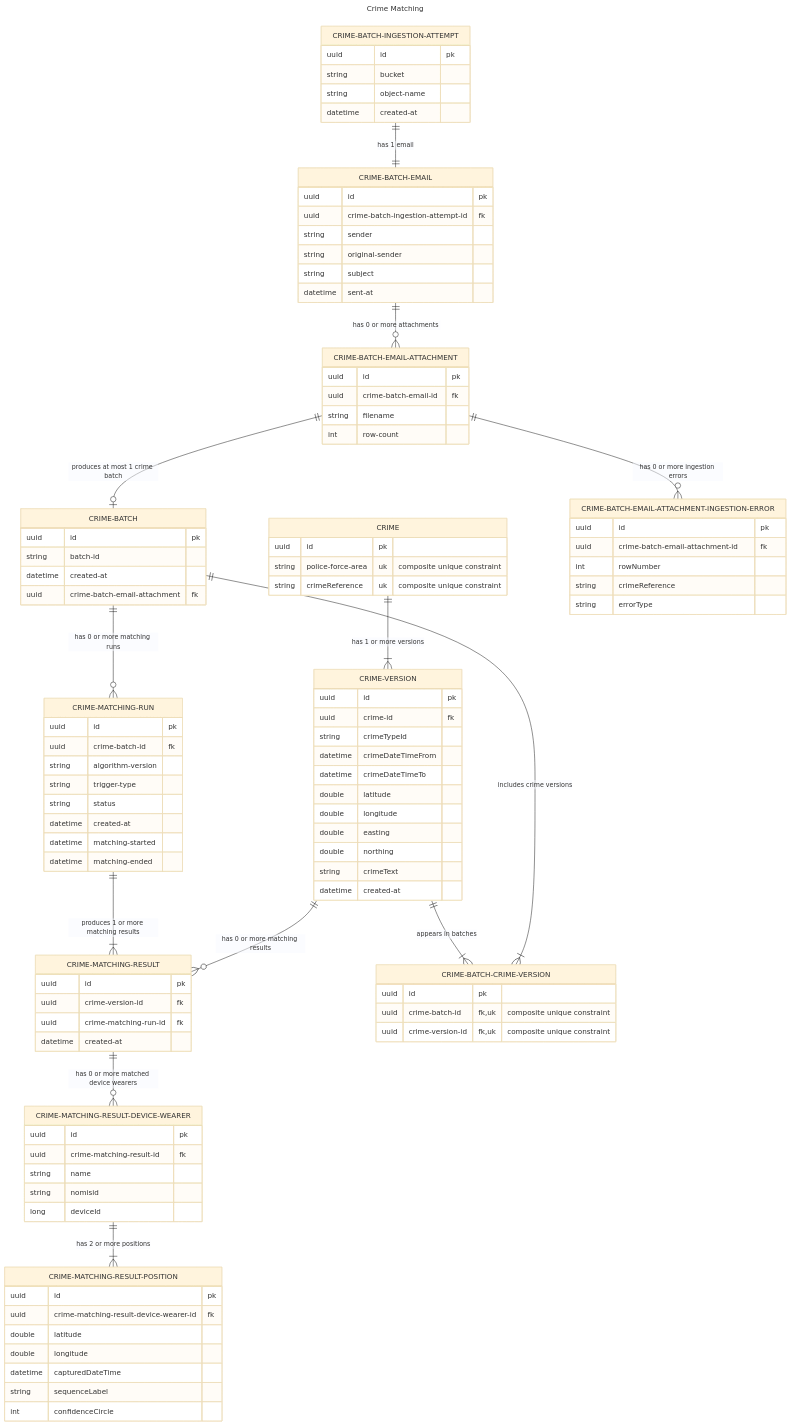
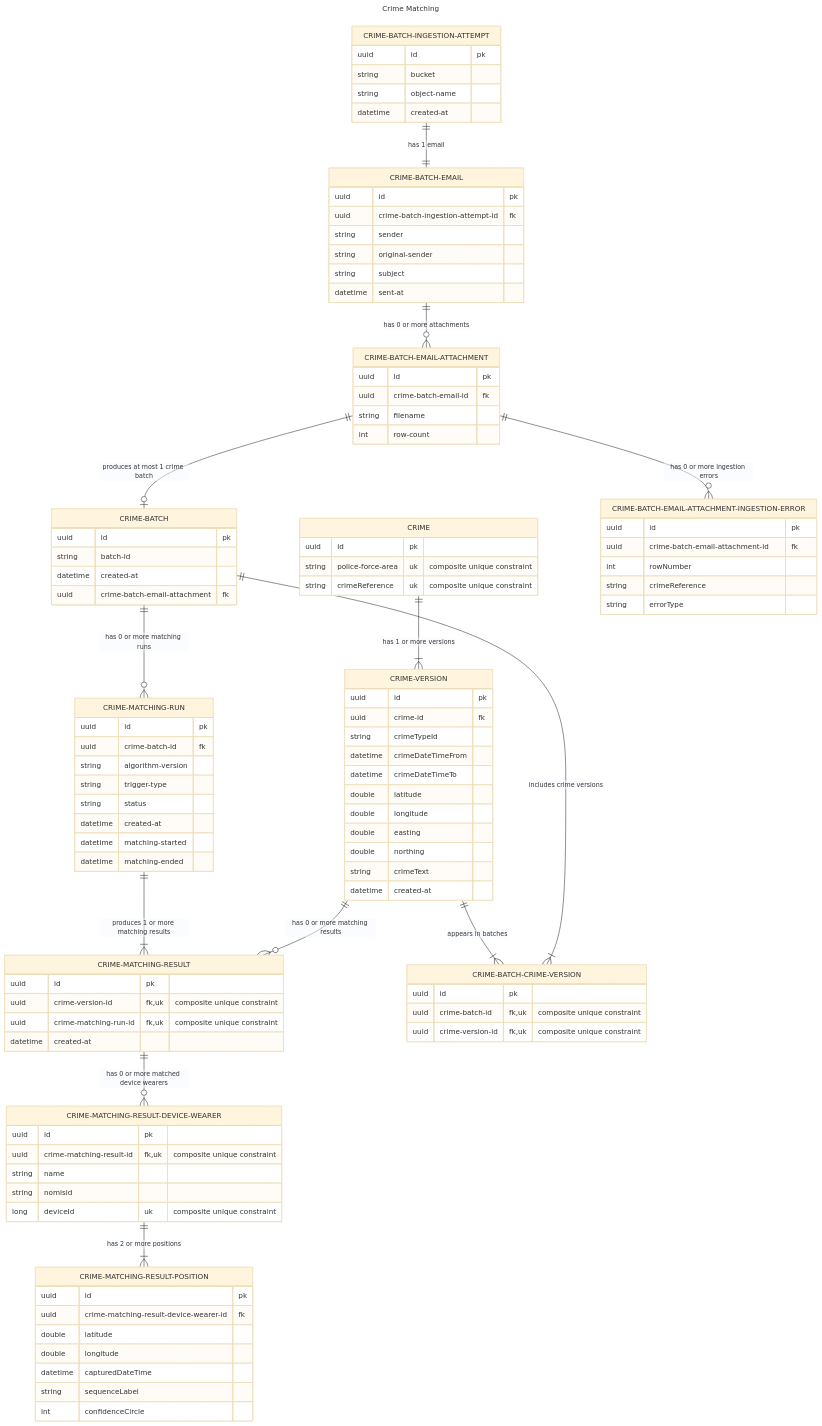
Before and after one commit to ministryofjustice/hmpps-electronic-monitoring-crime-matching-api: the diagram in docs/model.mmd, drawn with Mermaid (base theme). The commit also changed 1 other file, not shown here.

```diff
--- a/docs/model.mmd
+++ b/docs/model.mmd
@@ -1,121 +1,121 @@
 ---
 title: Crime Matching
 ---
 erDiagram
     %% Domain
     CRIME 1 to 1+ CRIME-VERSION : "has 1 or more versions"
     CRIME-VERSION 1 to 0+ CRIME-MATCHING-RESULT : "has 0 or more matching results"
     CRIME-BATCH 1 to 1+ CRIME-BATCH-CRIME-VERSION : "includes crime versions"
     CRIME-VERSION 1 to 1+ CRIME-BATCH-CRIME-VERSION : "appears in batches"
 
     %% Ingestion
     CRIME-BATCH-EMAIL-ATTACHMENT 1 to zero or one CRIME-BATCH : "produces at most 1 crime batch"
     CRIME-BATCH-INGESTION-ATTEMPT 1 to 1 CRIME-BATCH-EMAIL : "has 1 email"
     CRIME-BATCH-EMAIL 1 to 0+ CRIME-BATCH-EMAIL-ATTACHMENT : "has 0 or more attachments"
     CRIME-BATCH-EMAIL-ATTACHMENT 1 to zero or more CRIME-BATCH-EMAIL-ATTACHMENT-INGESTION-ERROR : "has 0 or more ingestion errors"
 
     %% Matching
     CRIME-BATCH 1 to 0+ CRIME-MATCHING-RUN : "has 0 or more matching runs"
     CRIME-MATCHING-RUN 1 to 1+ CRIME-MATCHING-RESULT : "produces 1 or more matching results"
     CRIME-MATCHING-RESULT 1 to 0+ CRIME-MATCHING-RESULT-DEVICE-WEARER : "has 0 or more matched device wearers"
     CRIME-MATCHING-RESULT-DEVICE-WEARER 1 to 1+ CRIME-MATCHING-RESULT-POSITION : "has 2 or more positions"
 
     CRIME-BATCH {
         uuid id pk
         string batch-id
         datetime created-at
         uuid crime-batch-email-attachment fk
     }
 
     CRIME-BATCH-CRIME-VERSION {
         uuid id pk
         uuid crime-batch-id fk, uk "composite unique constraint"
         uuid crime-version-id fk, uk "composite unique constraint"
     }
 
     CRIME-BATCH-INGESTION-ATTEMPT {
         uuid id pk
         string bucket
         string object-name
         datetime created-at
     }
 
     CRIME-BATCH-EMAIL {
         uuid id pk
         uuid crime-batch-ingestion-attempt-id fk
         string sender
         string original-sender
         string subject
         datetime sent-at
     }
 
     CRIME-BATCH-EMAIL-ATTACHMENT {
         uuid id pk
         uuid crime-batch-email-id fk
         string filename
         int row-count
     }
 
     CRIME-BATCH-EMAIL-ATTACHMENT-INGESTION-ERROR {
         uuid id pk
         uuid crime-batch-email-attachment-id fk
         int rowNumber
         string crimeReference
         string errorType
     }
 
     CRIME {
         uuid id pk
         string police-force-area uk "composite unique constraint"
         string crimeReference uk "composite unique constraint"
     }
 
     CRIME-VERSION {
         uuid id pk
         uuid crime-id fk
         string crimeTypeId
         datetime crimeDateTimeFrom
         datetime crimeDateTimeTo
         double latitude
         double longitude
         double easting
         double northing
         string crimeText
         datetime created-at
     }
 
     CRIME-MATCHING-RUN {
         uuid id pk
         uuid crime-batch-id fk
         string algorithm-version
         string trigger-type
         string status
         datetime created-at
         datetime matching-started
         datetime matching-ended
     }
 
     CRIME-MATCHING-RESULT {
         uuid id pk
-        uuid crime-version-id fk
-        uuid crime-matching-run-id fk
+        uuid crime-version-id fk, uk "composite unique constraint"
+        uuid crime-matching-run-id fk, uk "composite unique constraint"
         datetime created-at
     }
 
     CRIME-MATCHING-RESULT-DEVICE-WEARER {
         uuid id pk
-        uuid crime-matching-result-id fk
+        uuid crime-matching-result-id fk, uk "composite unique constraint"
         string name
         string nomisid
-        long deviceId
+        long deviceId uk "composite unique constraint"
     }
 
     CRIME-MATCHING-RESULT-POSITION {
         uuid id pk
         uuid crime-matching-result-device-wearer-id fk
         double latitude
         double longitude
         datetime capturedDateTime
         string sequenceLabel
         int confidenceCircle
     }
```
